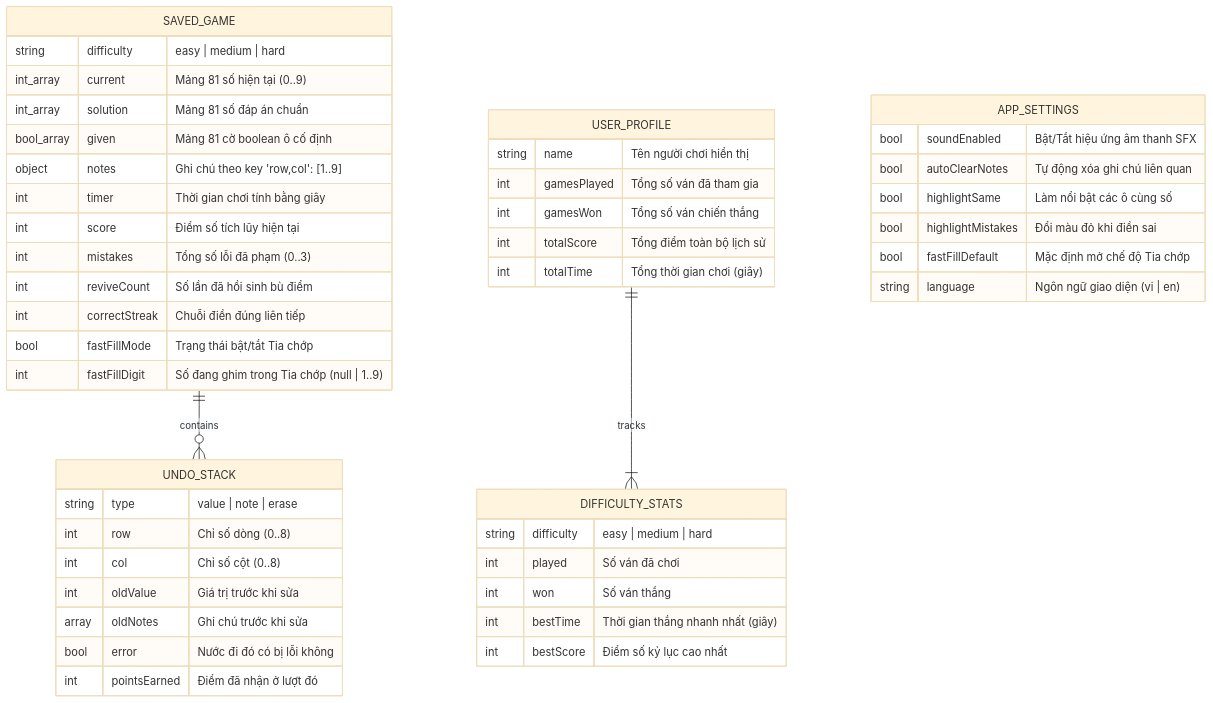
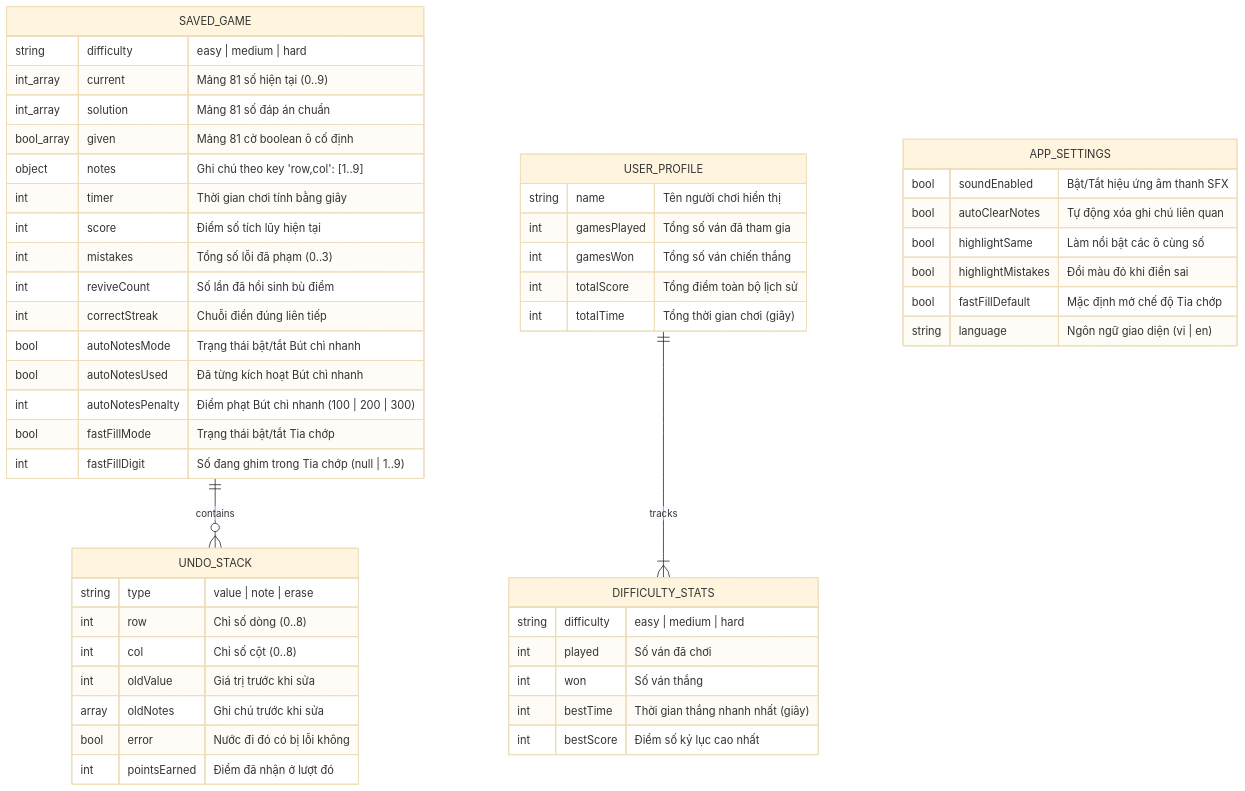
The first of 3 diagrams in docs/04_storage_and_scoring_models.md (Jhanh/Sudoku_game), drawn with Mermaid (base theme) before and after one commit. The commit also changed other lines of this file and 11 other files, not shown here.

Commit message:
feat: smart hint with logic explanations, auto notes, anti-cheat undo

````diff
--- a/docs/04_storage_and_scoring_models.md
+++ b/docs/04_storage_and_scoring_models.md
@@ -11,55 +11,58 @@
 ```mermaid
 erDiagram
     SAVED_GAME ||--o{ UNDO_STACK : contains
     USER_PROFILE ||--|{ DIFFICULTY_STATS : tracks
 
     SAVED_GAME {
         string difficulty "easy | medium | hard"
         int_array current "Mảng 81 số hiện tại (0..9)"
         int_array solution "Mảng 81 số đáp án chuẩn"
         bool_array given "Mảng 81 cờ boolean ô cố định"
         object notes "Ghi chú theo key 'row,col': [1..9]"
         int timer "Thời gian chơi tính bằng giây"
         int score "Điểm số tích lũy hiện tại"
         int mistakes "Tổng số lỗi đã phạm (0..3)"
         int reviveCount "Số lần đã hồi sinh bù điểm"
         int correctStreak "Chuỗi điền đúng liên tiếp"
+        bool autoNotesMode "Trạng thái bật/tắt Bút chì nhanh"
+        bool autoNotesUsed "Đã từng kích hoạt Bút chì nhanh"
+        int autoNotesPenalty "Điểm phạt Bút chì nhanh (100 | 200 | 300)"
         bool fastFillMode "Trạng thái bật/tắt Tia chớp"
         int fastFillDigit "Số đang ghim trong Tia chớp (null | 1..9)"
     }
 
     UNDO_STACK {
         string type "value | note | erase"
         int row "Chỉ số dòng (0..8)"
         int col "Chỉ số cột (0..8)"
         int oldValue "Giá trị trước khi sửa"
         array oldNotes "Ghi chú trước khi sửa"
         bool error "Nước đi đó có bị lỗi không"
         int pointsEarned "Điểm đã nhận ở lượt đó"
     }
 
     USER_PROFILE {
         string name "Tên người chơi hiển thị"
         int gamesPlayed "Tổng số ván đã tham gia"
         int gamesWon "Tổng số ván chiến thắng"
         int totalScore "Tổng điểm toàn bộ lịch sử"
         int totalTime "Tổng thời gian chơi (giây)"
     }
 
     DIFFICULTY_STATS {
         string difficulty "easy | medium | hard"
         int played "Số ván đã chơi"
         int won "Số ván thắng"
         int bestTime "Thời gian thắng nhanh nhất (giây)"
         int bestScore "Điểm số kỷ lục cao nhất"
     }
 
     APP_SETTINGS {
         bool soundEnabled "Bật/Tắt hiệu ứng âm thanh SFX"
         bool autoClearNotes "Tự động xóa ghi chú liên quan"
         bool highlightSame "Làm nổi bật các ô cùng số"
         bool highlightMistakes "Đổi màu đỏ khi điền sai"
         bool fastFillDefault "Mặc định mở chế độ Tia chớp"
         string language "Ngôn ngữ giao diện (vi | en)"
     }
 ```
````
